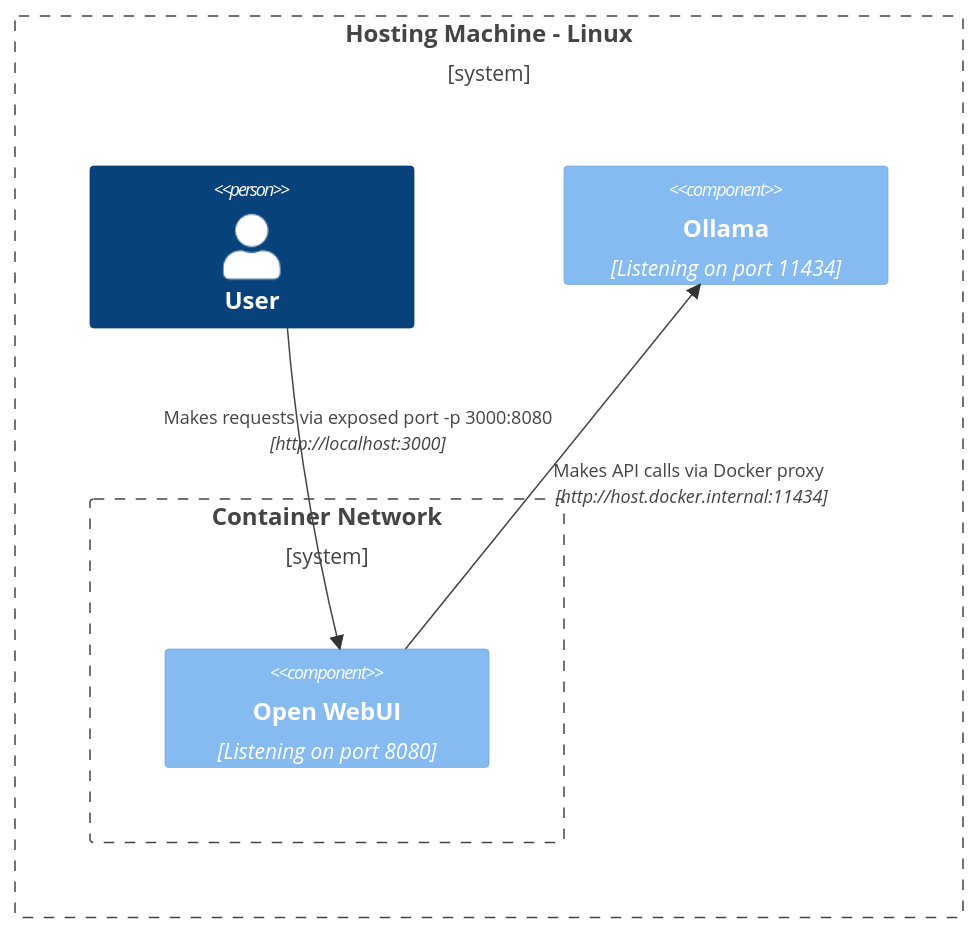
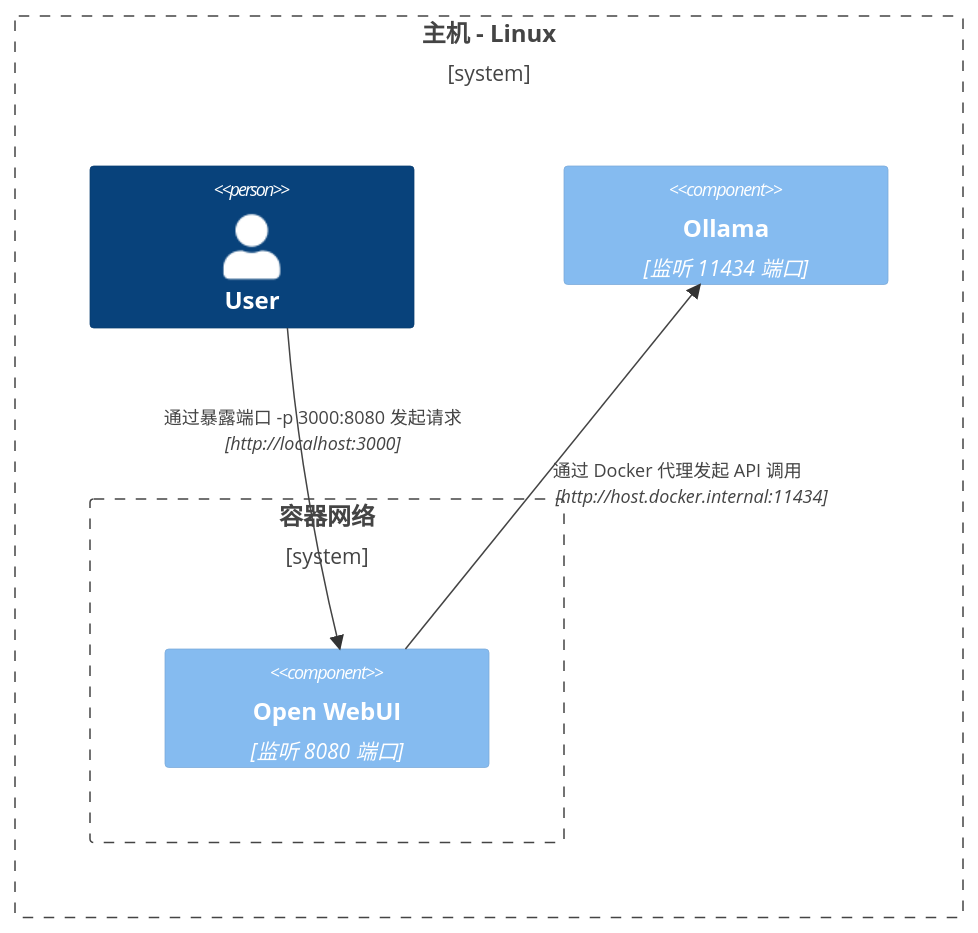
Before and after one commit to GamblerIX2/open-webui-docs: the fifth of 8 diagrams in docs/reference/network-diagrams.mdx, drawn with Mermaid. The commit also changed other lines of this file and 175 other files, not shown here.

````diff
--- a/docs/reference/network-diagrams.mdx
+++ b/docs/reference/network-diagrams.mdx
@@ -115,13 +115,13 @@
 ```mermaid
 C4Context
-Boundary(b0, "Hosting Machine - Linux") {
+Boundary(b0, "主机 - Linux") {
    Person(user, "User")
-   Boundary(b1, "Container Network") {
-      Component(openwebui, "Open WebUI", "Listening on port 8080")
+   Boundary(b1, "容器网络") {
+      Component(openwebui, "Open WebUI", "监听 8080 端口")
    }
-   Component(ollama, "Ollama", "Listening on port 11434")
+   Component(ollama, "Ollama", "监听 11434 端口")
 }
-Rel(openwebui, ollama, "Makes API calls via Docker proxy", "http://host.docker.internal:11434")
-Rel(user, openwebui, "Makes requests via exposed port -p 3000:8080", "http://localhost:3000")
+Rel(openwebui, ollama, "通过 Docker 代理发起 API 调用", "http://host.docker.internal:11434")
+Rel(user, openwebui, "通过暴露端口 -p 3000:8080 发起请求", "http://localhost:3000")
 UpdateRelStyle(user, openwebui, $offsetX="-100", $offsetY="-50")
 ```
````
